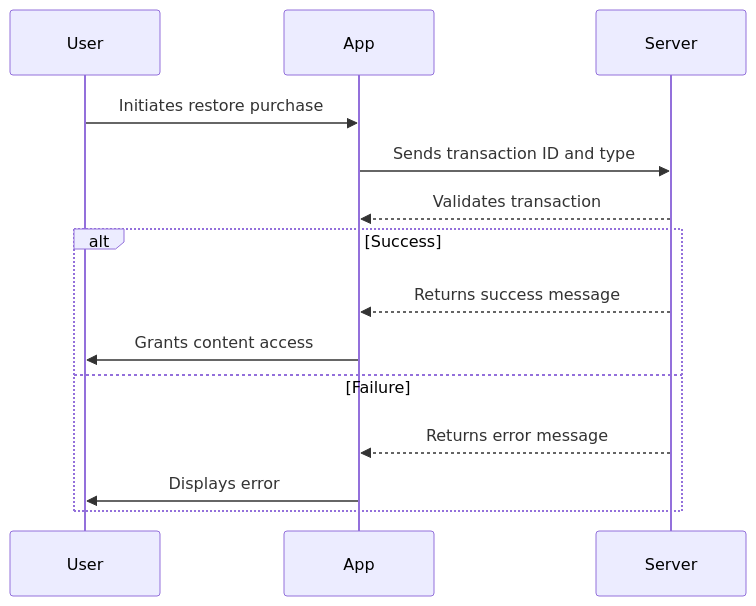
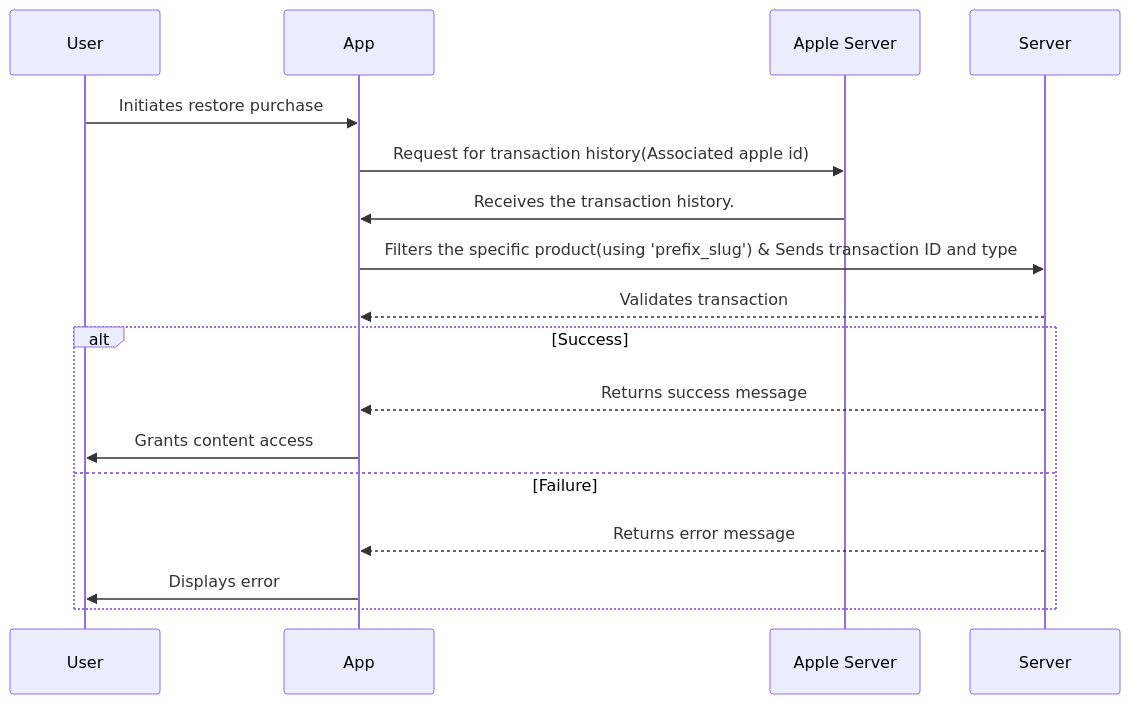
Before and after one commit to alensh12/Docs: the second of 2 diagrams in in_app_purchase_nettv.md, drawn with Mermaid. The commit also changed other lines of this file, not shown here.

First line of the commit message:
Update in_app_purchase_nettv.md

````diff
--- a/in_app_purchase_nettv.md
+++ b/in_app_purchase_nettv.md
@@ -64,17 +66,20 @@
 ```mermaid
 sequenceDiagram
     participant User
     participant App
+    participant Apple Server
     participant Server
 
     User->>App: Initiates restore purchase
-    App->>Server: Sends transaction ID and type
+    App->>Apple Server: Request for transaction history(Associated apple id)
+    Apple Server->>App: Receives the transaction history.
+    App->>Server: Filters the specific product(using 'prefix_slug') & Sends transaction ID and type
     Server-->>App: Validates transaction
     alt Success
         Server-->>App: Returns success message
         App->>User: Grants content access
     else Failure
         Server-->>App: Returns error message
         App->>User: Displays error
     end
 ```
````
